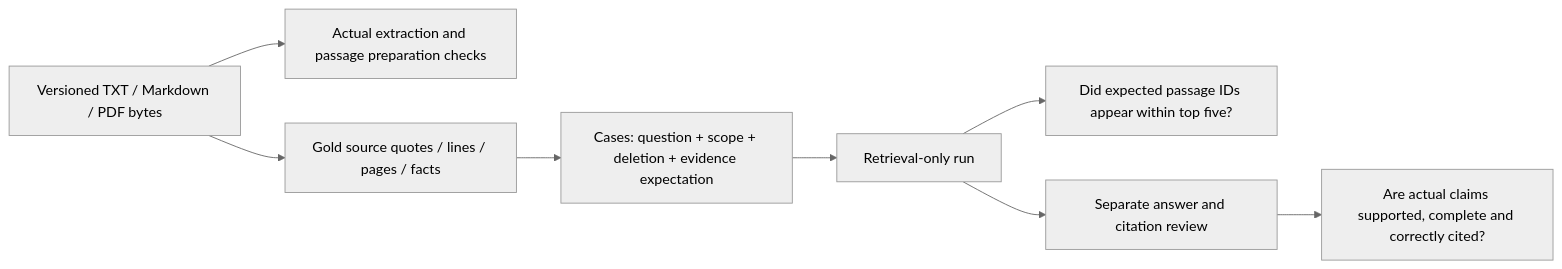
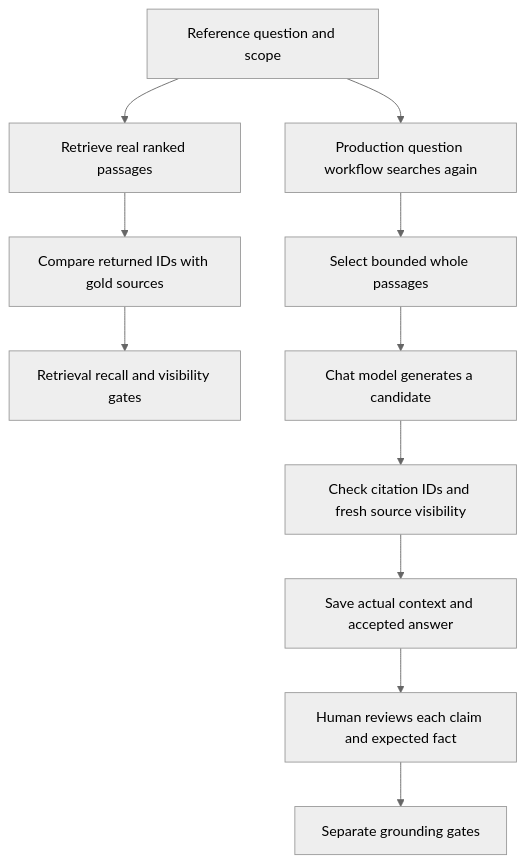
One commit to FarukValjevac/SecondBrain changed diagram 35 of 35 in .learnigns/embedding-contract-guide.md. Above: the diagram before and after it, drawn with Mermaid (neutral theme). The commit also changed other lines of this file and 24 other files, not shown here.

First line of the commit message:
Separate retrieval and grounding reports

````diff
--- a/.learnigns/embedding-contract-guide.md
+++ b/.learnigns/embedding-contract-guide.md
@@ -1625,10 +1631,13 @@
 ```mermaid
-flowchart LR
-    D[Versioned TXT / Markdown / PDF bytes] --> X[Actual extraction and passage preparation checks]
-    D --> G[Gold source quotes / lines / pages / facts]
-    G --> C[Cases: question + scope + deletion + evidence expectation]
-    C --> R[Retrieval-only run]
-    R --> Q[Did expected passage IDs appear within top five?]
-    R --> A[Separate answer and citation review]
-    A --> S[Are actual claims supported, complete and correctly cited?]
+flowchart TD
+    Q[Reference question and scope] --> R[Retrieve real ranked passages]
+    R --> M[Compare returned IDs with gold sources]
+    M --> RG[Retrieval recall and visibility gates]
+    Q --> A[Production question workflow searches again]
+    A --> C[Select bounded whole passages]
+    C --> L[Chat model generates a candidate]
+    L --> V[Check citation IDs and fresh source visibility]
+    V --> E[Save actual context and accepted answer]
+    E --> H[Human reviews each claim and expected fact]
+    H --> G[Separate grounding gates]
 ```
````
